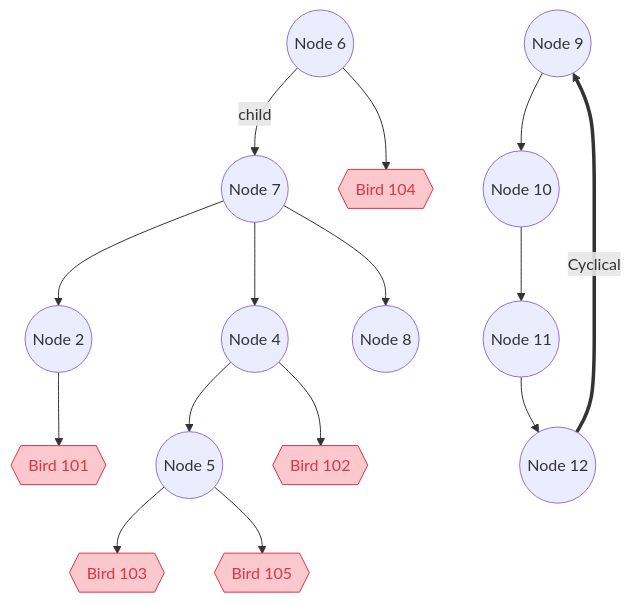
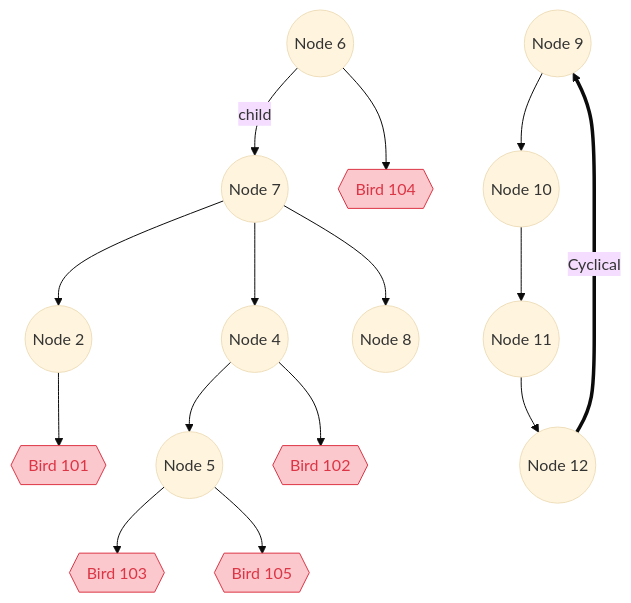
One commit to mst209/birds changed the diagram in README.md. Above: the diagram before and after it, drawn with Mermaid.

````diff
--- a/README.md
+++ b/README.md
@@ -69,22 +69,28 @@
 ```mermaid
+---
+config:
+  layout: dagre
+  look: classic
+  theme: base
+---
 flowchart TD
     classDef err color:#dc3545,stroke:#dc3545,fill:#fac8cd;
     classDef ok color:#35dc89,stroke:#35dc89,fill:#e8ffed;
     A((Node 6)) -- child --> B((Node 7))
     B((Node 7)) --> C((Node 2))
     B((Node 7)) --> D((Node 4))
     B((Node 7)) --> E((Node 8))
     D((Node 4)) --> F((Node 5))
 
     G((Node 9)) --> H((Node 10))
     H((Node 10)) --> I((Node 11))
     I((Node 11)) --> J((Node 12))
     J((Node 12)) == Cyclical ==> G((Node 9))
 
     
     C((Node 2)) --> Z{{Bird 101}}:::err
     D((Node 4)) --> Y{{Bird 102}}:::err
     F((Node 5)) --> X{{Bird 103}}:::err
     A((Node 6)) --> W{{Bird 104}}:::err
     F((Node 5)) --> V{{Bird 105}}:::err
 ```
````
